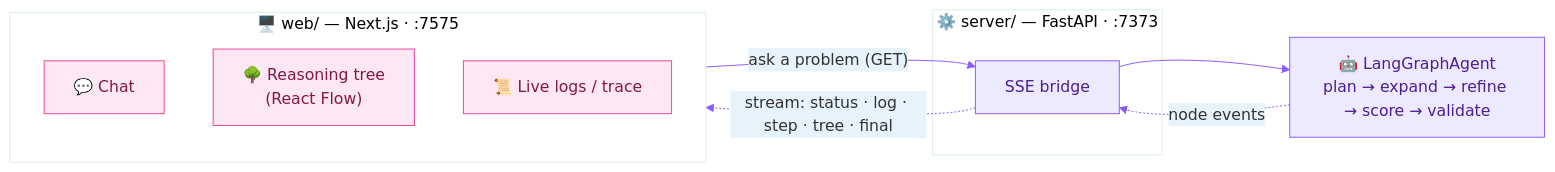
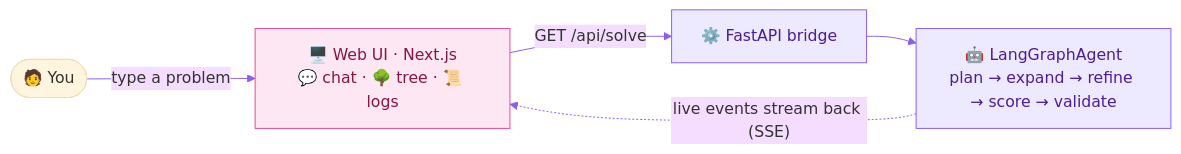
Before and after one commit to qpiai/retreval: the diagram in README.md, drawn with Mermaid.

Commit message:
🖥️ docs(readme): simplify the Web UI Mermaid diagram (clear linear flow)

````diff
--- a/README.md
+++ b/README.md
@@ -81,24 +81,13 @@
 ```mermaid
-%%{init: {'theme':'base', 'themeVariables': {'fontFamily':'Inter, sans-serif','primaryColor':'#fce7f3','primaryBorderColor':'#ec4899','lineColor':'#8b5cf6'}}}%%
+%%{init: {'theme':'base', 'themeVariables': {'fontFamily':'Inter, sans-serif','lineColor':'#8b5cf6'}}}%%
 flowchart LR
-    subgraph UI["🖥️ web/ — Next.js · :7575"]
-        direction TB
-        C["💬 Chat"]
-        T["🌳 Reasoning tree<br/>(React Flow)"]
-        L["📜 Live logs / trace"]
-    end
-    subgraph SRV["⚙️ server/ — FastAPI · :7373"]
-        B["SSE bridge"]
-    end
-    A["🤖 LangGraphAgent<br/>plan → expand → refine → score → validate"]
-
-    UI -->|"ask a problem (GET)"| B
-    B -.->|"stream: status · log · step · tree · final"| UI
-    B --> A
-    A -.->|"node events"| B
+    You([🧑 You]) -->|"type a problem"| UI
+    UI["🖥️ Web UI · Next.js<br/>💬 chat · 🌳 tree · 📜 logs"] -->|"GET /api/solve"| API
+    API["⚙️ FastAPI bridge"] --> Agent["🤖 LangGraphAgent<br/>plan → expand → refine → score → validate"]
+    Agent -. "live events stream back (SSE)" .-> UI
 
     classDef pink fill:#fce7f3,stroke:#ec4899,color:#831843;
     classDef violet fill:#ede9fe,stroke:#8b5cf6,color:#4c1d95;
-    class C,T,L pink
-    class B,A violet
+    class UI pink
+    class API,Agent violet
 ```
````
